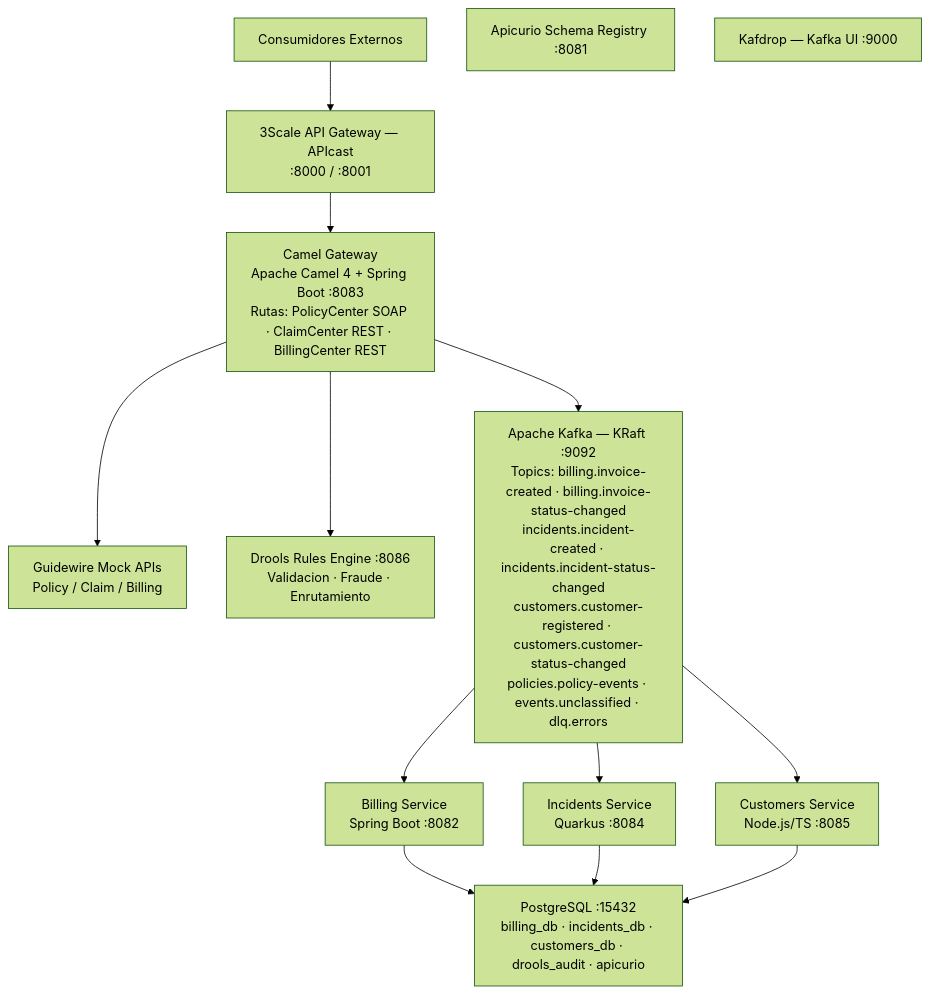
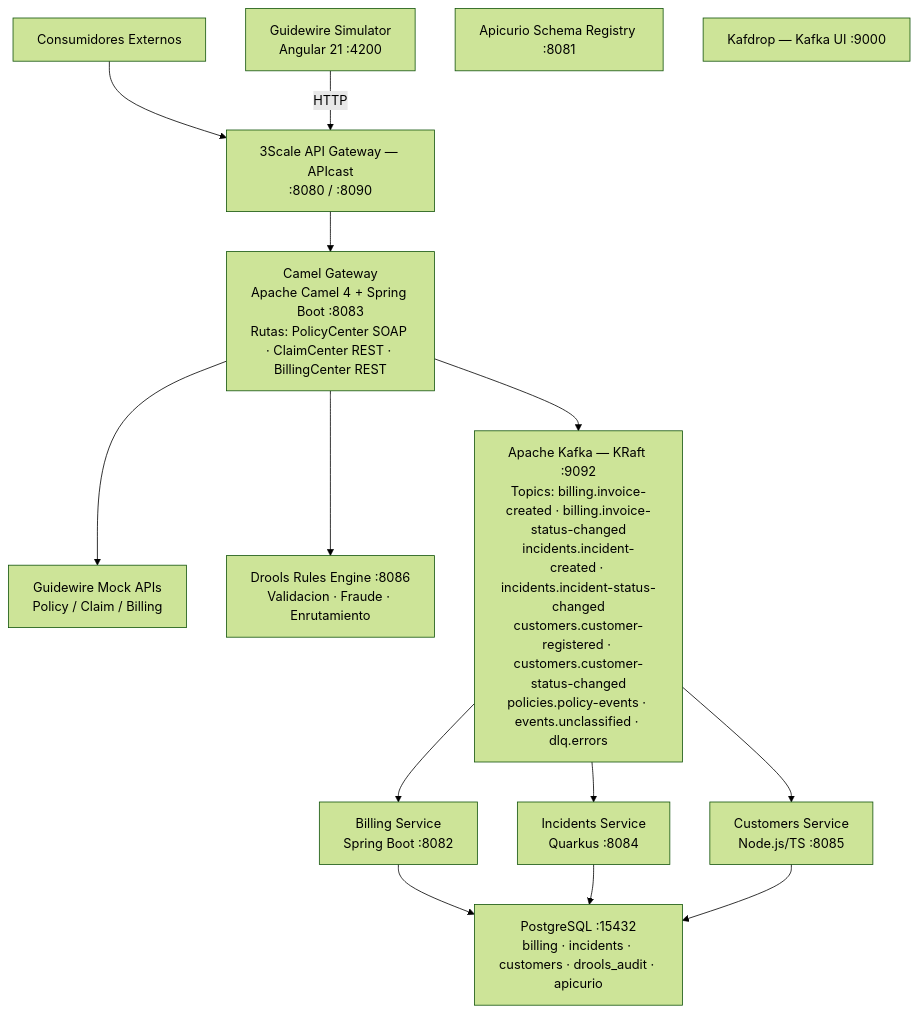
Before and after one commit to monghithub/guidewire: the first of 7 diagrams in openspecs/docs/architecture/README.md, drawn with Mermaid (forest theme). The commit also changed other lines of this file and 86 other files, not shown here.

First line of the commit message:
feat: add guidewire-simulator Angular frontend, architecture infographic, and update all docs

````diff
--- a/openspecs/docs/architecture/README.md
+++ b/openspecs/docs/architecture/README.md
@@ -35,35 +37,37 @@
 ```mermaid
 graph TD
     consumers["Consumidores Externos"]
     consumers --> threescale
 
-    threescale["3Scale API Gateway — APIcast<br/>:8000 / :8001"]
+    threescale["3Scale API Gateway — APIcast<br/>:8080 / :8090"]
     threescale --> camel
 
     camel["Camel Gateway<br/>Apache Camel 4 + Spring Boot :8083<br/>Rutas: PolicyCenter SOAP · ClaimCenter REST · BillingCenter REST"]
     camel --> gwmock
     camel --> drools
     camel --> kafka
 
     gwmock["Guidewire Mock APIs<br/>Policy / Claim / Billing"]
     drools["Drools Rules Engine :8086<br/>Validacion · Fraude · Enrutamiento"]
 
     kafka["Apache Kafka — KRaft :9092<br/>Topics: billing.invoice-created · billing.invoice-status-changed<br/>incidents.incident-created · incidents.incident-status-changed<br/>customers.customer-registered · customers.customer-status-changed<br/>policies.policy-events · events.unclassified · dlq.errors"]
 
     kafka --> billing
     kafka --> incidents
     kafka --> customers
 
     billing["Billing Service<br/>Spring Boot :8082"]
     incidents["Incidents Service<br/>Quarkus :8084"]
     customers["Customers Service<br/>Node.js/TS :8085"]
+    simulator["Guidewire Simulator<br/>Angular 21 :4200"]
 
+    simulator -->|HTTP| threescale
     billing --> pg
     incidents --> pg
     customers --> pg
 
-    pg["PostgreSQL :15432<br/>billing_db · incidents_db · customers_db · drools_audit · apicurio"]
+    pg["PostgreSQL :15432<br/>billing · incidents · customers · drools_audit · apicurio"]
 
     apicurio["Apicurio Schema Registry :8081"]
     kafdrop["Kafdrop — Kafka UI :9000"]
 ```
````
